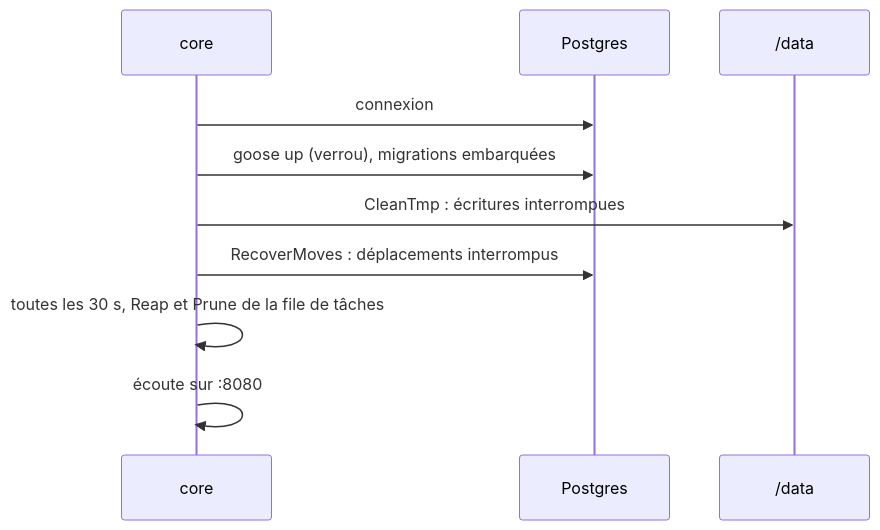
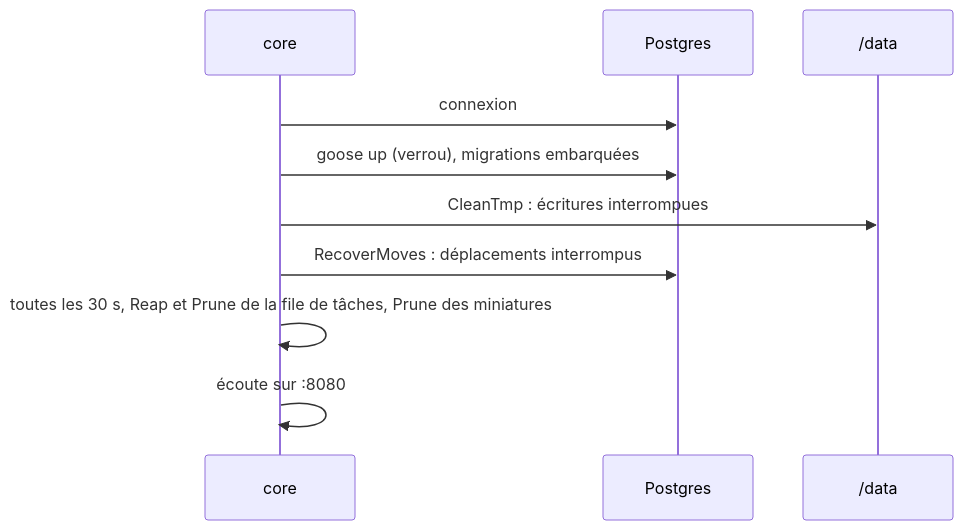
Before and after one commit to C2-POLY/cloud-os: the second of 3 diagrams in docs/architecture/overview.md, drawn with Mermaid. The commit also changed other lines of this file and 28 other files, not shown here.

````diff
--- a/docs/architecture/overview.md
+++ b/docs/architecture/overview.md
@@ -42,12 +42,12 @@
 ```mermaid
 sequenceDiagram
     participant C as core
     participant DB as Postgres
     participant FS as /data
     C->>DB: connexion
     C->>DB: goose up (verrou), migrations embarquées
     C->>FS: CleanTmp : écritures interrompues
     C->>DB: RecoverMoves : déplacements interrompus
-    C->>C: toutes les 30 s, Reap et Prune de la file de tâches
+    C->>C: toutes les 30 s, Reap et Prune de la file de tâches, Prune des miniatures
     C->>C: écoute sur :8080
 ```
````
